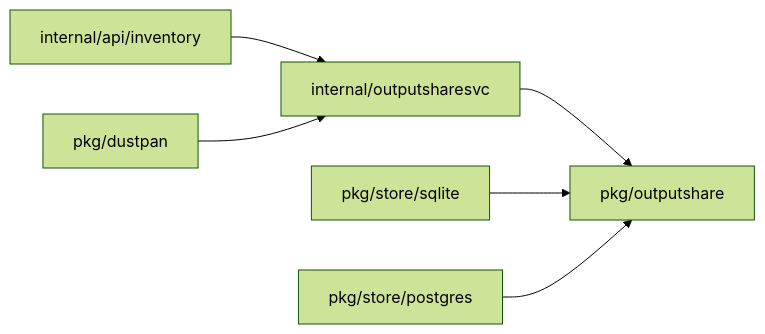
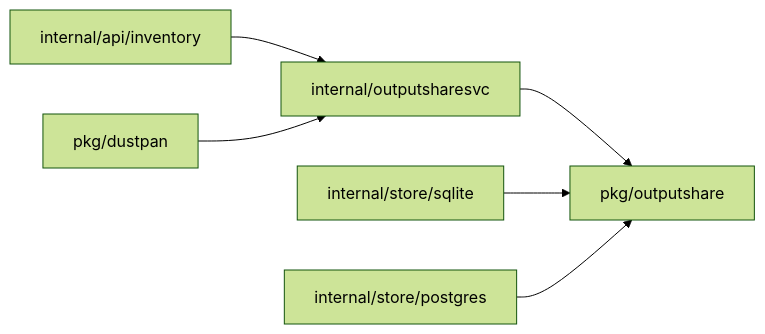
One commit to OpenDustpan/OpenDustpan changed the second of 3 diagrams in openspec/changes/add-output-sharing-setting-new/design.md. Above: the diagram before and after it, drawn with Mermaid (forest theme). The commit also changed 90 other files, not shown here.

First line of the commit message:
Fix store paths in open changes: pkg/store/{sqlite,postgres,internal} to internal/store

````diff
--- a/openspec/changes/add-output-sharing-setting-new/design.md
+++ b/openspec/changes/add-output-sharing-setting-new/design.md
@@ -61,8 +61,8 @@
 ```mermaid
 flowchart LR
 H[internal/api/inventory] --> V[internal/outputsharesvc]
 V --> P[pkg/outputshare]
-SQ[pkg/store/sqlite] --> P
-PG[pkg/store/postgres] --> P
+SQ[internal/store/sqlite] --> P
+PG[internal/store/postgres] --> P
 D[pkg/dustpan] --> V
 ```
````
